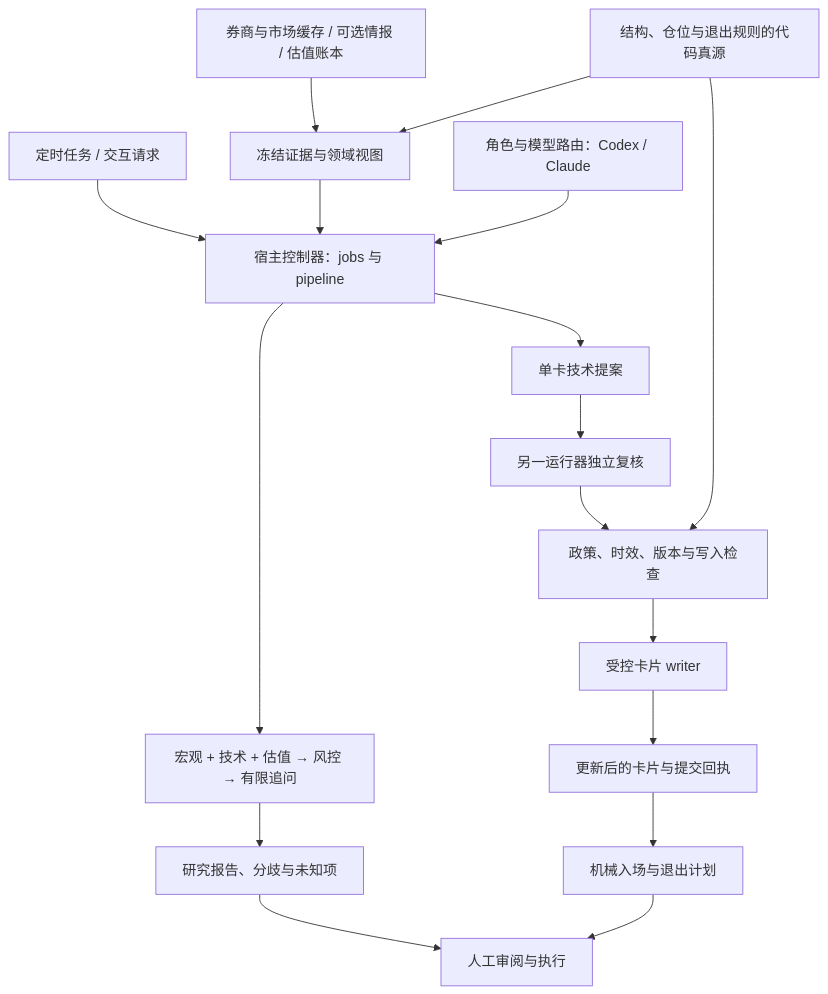
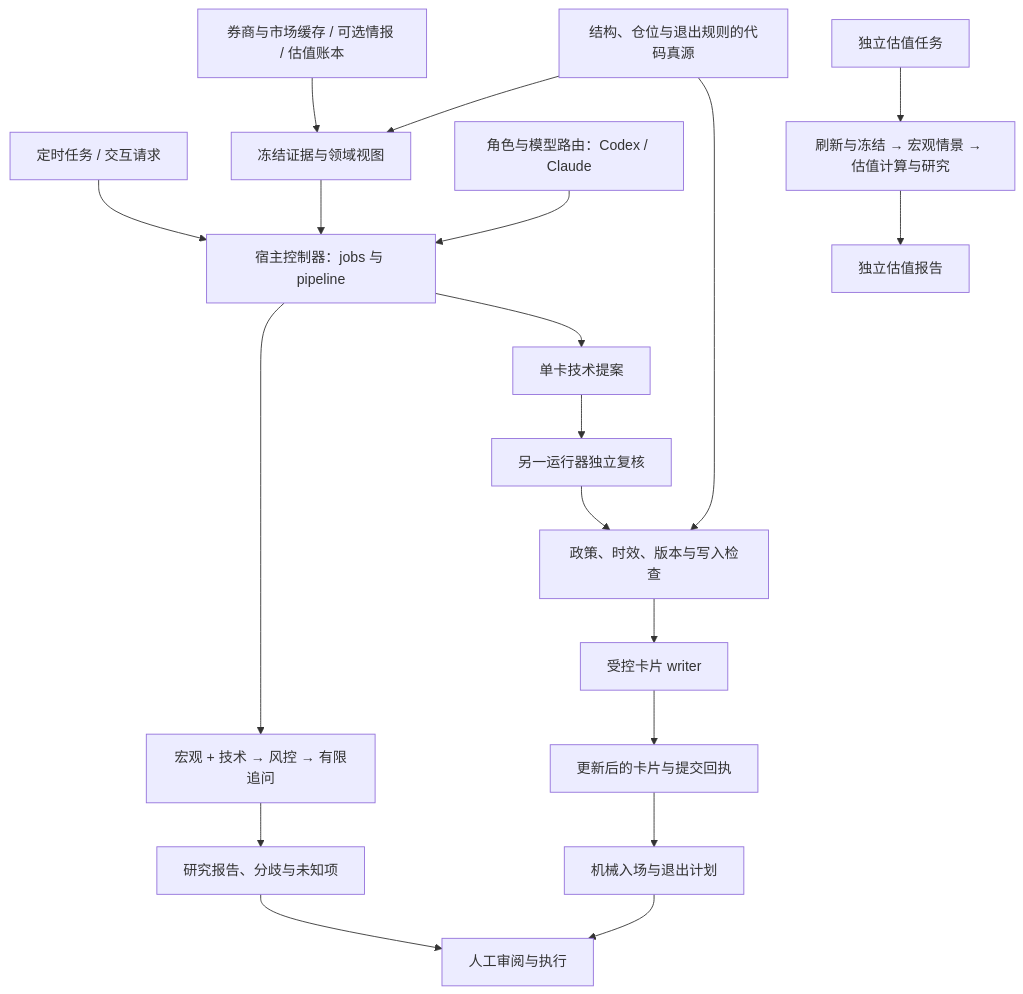
One commit to Coreychen4444/coreytrading changed the diagram in README_CN.md. Above: the diagram before and after it, drawn with Mermaid. The commit also changed other lines of this file and 166 other files, not shown here.

````diff
--- a/README_CN.md
+++ b/README_CN.md
@@ -13,19 +15,21 @@
 ```mermaid
 flowchart TD
     Trigger["定时任务 / 交互请求"] --> Jobs["宿主控制器：jobs 与 pipeline"]
     Sources["券商与市场缓存 / 可选情报 / 估值账本"] --> Inputs["冻结证据与领域视图"]
     Rules["结构、仓位与退出规则的代码真源"] --> Inputs
     Inputs --> Jobs
     Routes["角色与模型路由：Codex / Claude"] --> Jobs
-    Jobs --> Workflow["宏观 + 技术 + 估值 → 风控 → 有限追问"]
+    Jobs --> Workflow["宏观 + 技术 → 风控 → 有限追问"]
     Workflow --> Reports["研究报告、分歧与未知项"]
+    ValTask["独立估值任务"] --> ValFlow["刷新与冻结 → 宏观情景 → 估值计算与研究"]
+    ValFlow --> ValReport["独立估值报告"]
     Jobs --> Card["单卡技术提案"]
     Card --> Review["另一运行器独立复核"]
     Review --> Submit["政策、时效、版本与写入检查"]
     Rules --> Submit
     Submit --> Writer["受控卡片 writer"]
     Writer --> State["更新后的卡片与提交回执"]
     State --> Plan["机械入场与退出计划"]
     Reports --> Human["人工审阅与执行"]
     Plan --> Human
 ```
````
